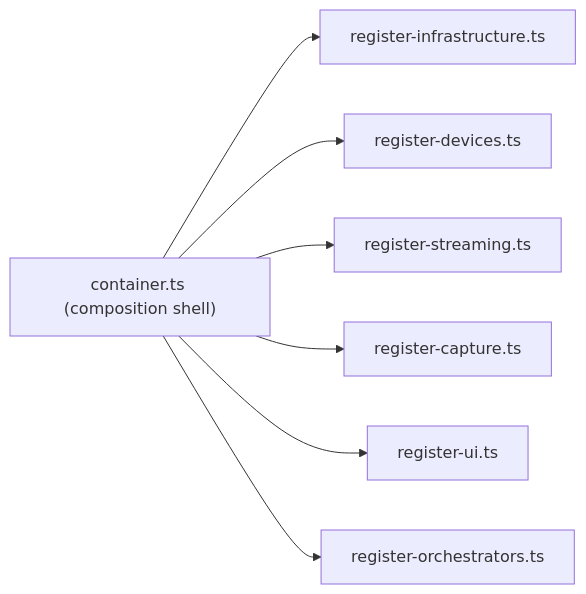
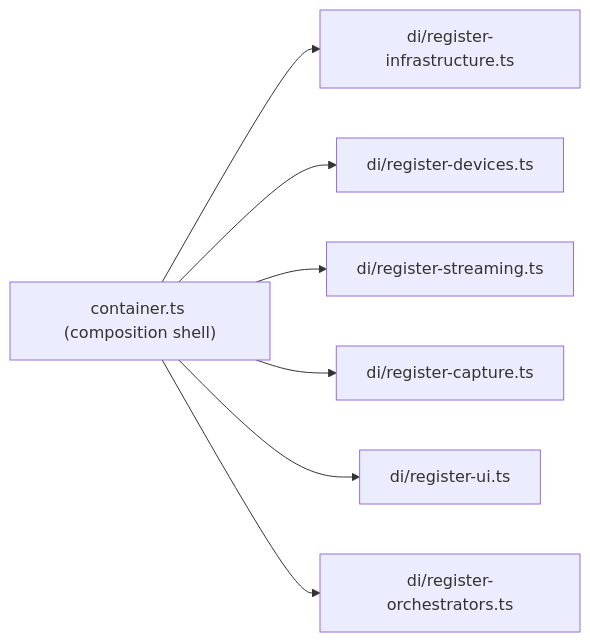
The first of 8 diagrams in docs/architecture-diagrams.md (josstei/prismgb-app), drawn with Mermaid before and after one commit. The commit also changed other lines of this file and 5 other files, not shown here.

````diff
--- a/docs/architecture-diagrams.md
+++ b/docs/architecture-diagrams.md
@@ -17,17 +17,17 @@
 ```mermaid
 flowchart LR
   Container["container.ts (composition shell)"]
-  Infra["register-infrastructure.ts"]
-  Devices["register-devices.ts"]
-  Streaming["register-streaming.ts"]
-  Capture["register-capture.ts"]
-  UI["register-ui.ts"]
-  Orchestrators["register-orchestrators.ts"]
+  Infra["di/register-infrastructure.ts"]
+  Devices["di/register-devices.ts"]
+  Streaming["di/register-streaming.ts"]
+  Capture["di/register-capture.ts"]
+  UI["di/register-ui.ts"]
+  Orchestrators["di/register-orchestrators.ts"]
 
   Container --> Infra
   Container --> Devices
   Container --> Streaming
   Container --> Capture
   Container --> UI
   Container --> Orchestrators
 ```
````
